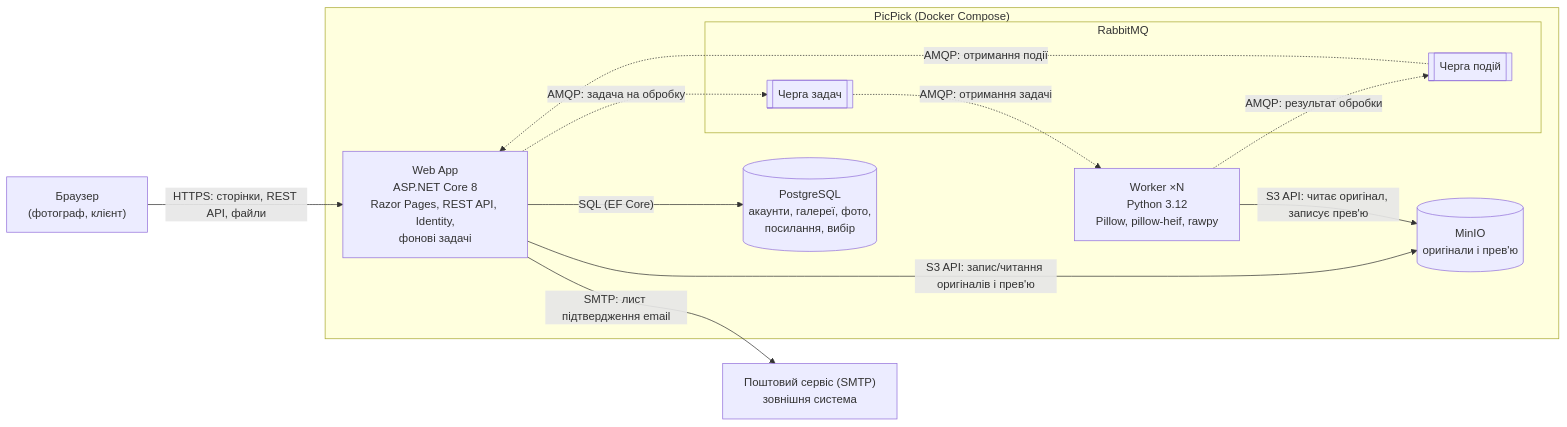
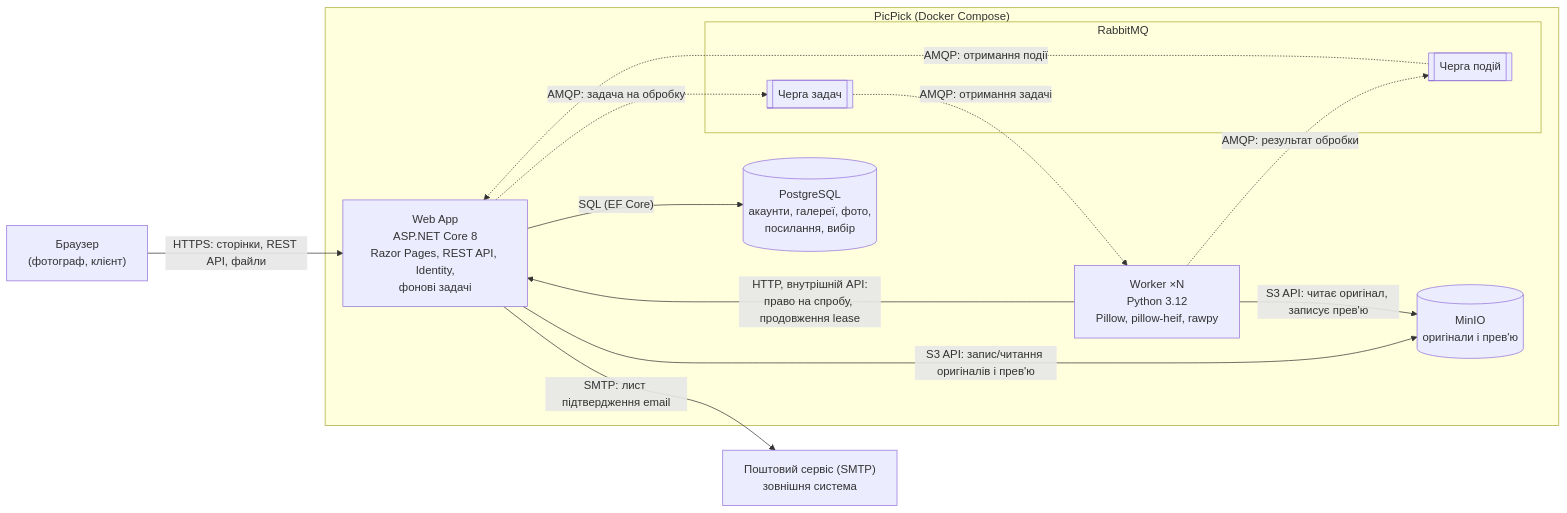
Before and after one commit to alonasaienko/picpick: the diagram in docs/03-srs/high-level-architecture.md, drawn with Mermaid. The commit also changed other lines of this file and 4 other files, not shown here.

First line of the commit message:
[п.4, п.9] Внутрішній API Worker → Web App: архітектура і security (#120)

````diff
--- a/docs/03-srs/high-level-architecture.md
+++ b/docs/03-srs/high-level-architecture.md
@@ -9,26 +9,27 @@
 ```mermaid
 flowchart LR
     browser["Браузер<br/>(фотограф, клієнт)"]
     smtp["Поштовий сервіс (SMTP)<br/>зовнішня система"]
 
     subgraph picpick["PicPick (Docker Compose)"]
         webapp["Web App<br/>ASP.NET Core 8<br/>Razor Pages, REST API, Identity,<br/>фонові задачі"]
         subgraph rabbitmq["RabbitMQ"]
             tasks[["Черга задач"]]
             events[["Черга подій"]]
         end
         worker["Worker ×N<br/>Python 3.12<br/>Pillow, pillow-heif, rawpy"]
         postgres[("PostgreSQL<br/>акаунти, галереї, фото,<br/>посилання, вибір")]
         minio[("MinIO<br/>оригінали і прев'ю")]
     end
 
     browser -- "HTTPS: сторінки, REST API, файли" --> webapp
     webapp -- "SQL (EF Core)" --> postgres
     webapp -- "S3 API: запис/читання оригіналів і прев'ю" --> minio
     webapp -. "AMQP: задача на обробку" .-> tasks
     tasks -. "AMQP: отримання задачі" .-> worker
     worker -- "S3 API: читає оригінал, записує прев'ю" --> minio
+    worker -- "HTTP, внутрішній API:<br/>право на спробу, продовження lease" --> webapp
     worker -. "AMQP: результат обробки" .-> events
     events -. "AMQP: отримання події" .-> webapp
     webapp -- "SMTP: лист підтвердження email" --> smtp
 ```
````
